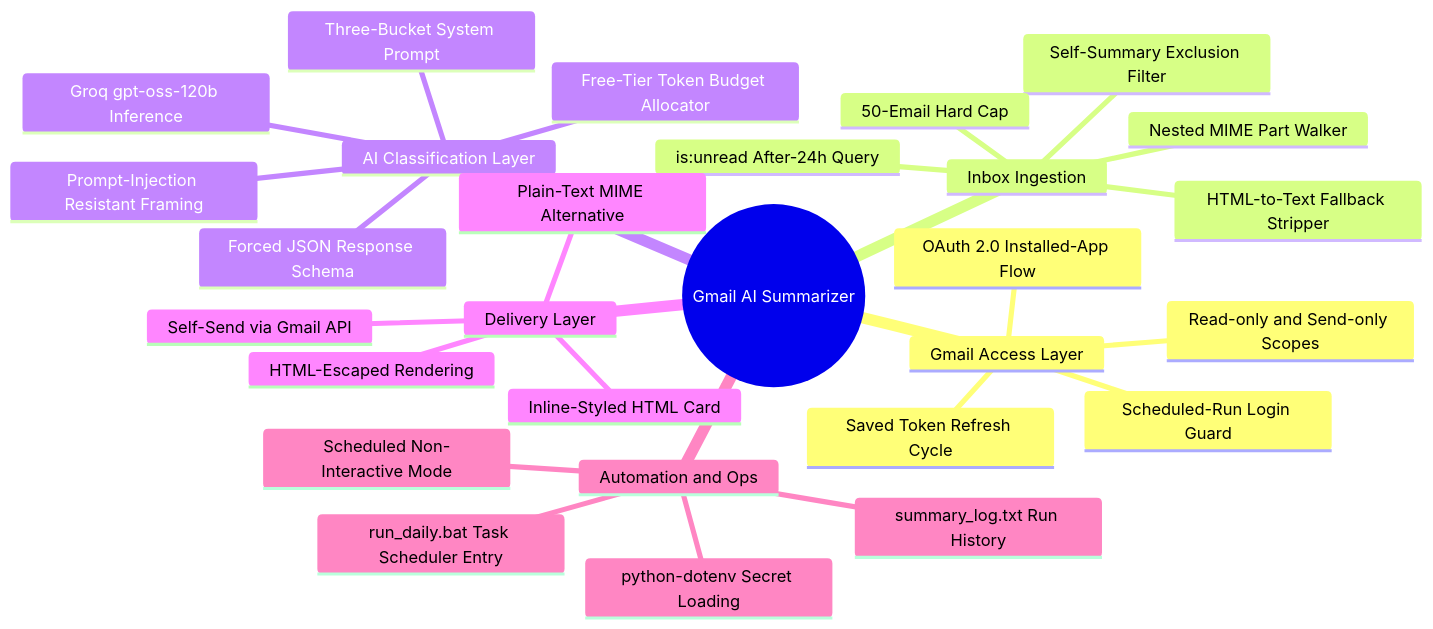
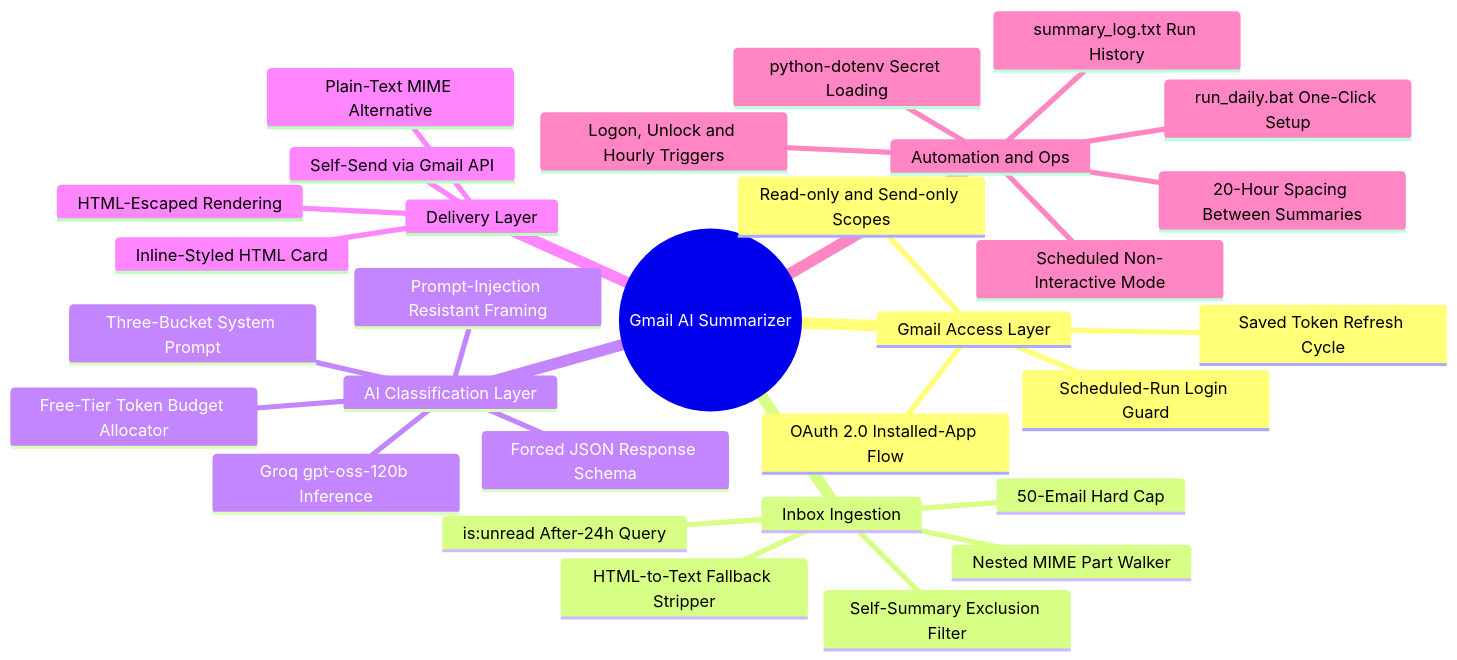
Before and after one commit to buildwithranvir/gmail-ai-summarizer: the first of 4 diagrams in README.md, drawn with Mermaid. The commit also changed other lines of this file and 4 other files, not shown here.

First line of the commit message:
Run automatically on login or unlock, at most once every 20 hours

````diff
--- a/README.md
+++ b/README.md
@@ -55,31 +55,33 @@
 ```mermaid
 mindmap
   root((Gmail AI Summarizer))
     Gmail Access Layer
       OAuth 2.0 Installed-App Flow
       Read-only and Send-only Scopes
       Saved Token Refresh Cycle
       Scheduled-Run Login Guard
     Inbox Ingestion
       is:unread After-24h Query
       Self-Summary Exclusion Filter
       Nested MIME Part Walker
       HTML-to-Text Fallback Stripper
       50-Email Hard Cap
     AI Classification Layer
       Groq gpt-oss-120b Inference
       Three-Bucket System Prompt
       Prompt-Injection Resistant Framing
       Forced JSON Response Schema
       Free-Tier Token Budget Allocator
     Delivery Layer
       Plain-Text MIME Alternative
       Inline-Styled HTML Card
       HTML-Escaped Rendering
       Self-Send via Gmail API
     Automation and Ops
-      run_daily.bat Task Scheduler Entry
+      run_daily.bat One-Click Setup
+      Logon, Unlock and Hourly Triggers
+      20-Hour Spacing Between Summaries
       Scheduled Non-Interactive Mode
       summary_log.txt Run History
       python-dotenv Secret Loading
 ```
````
